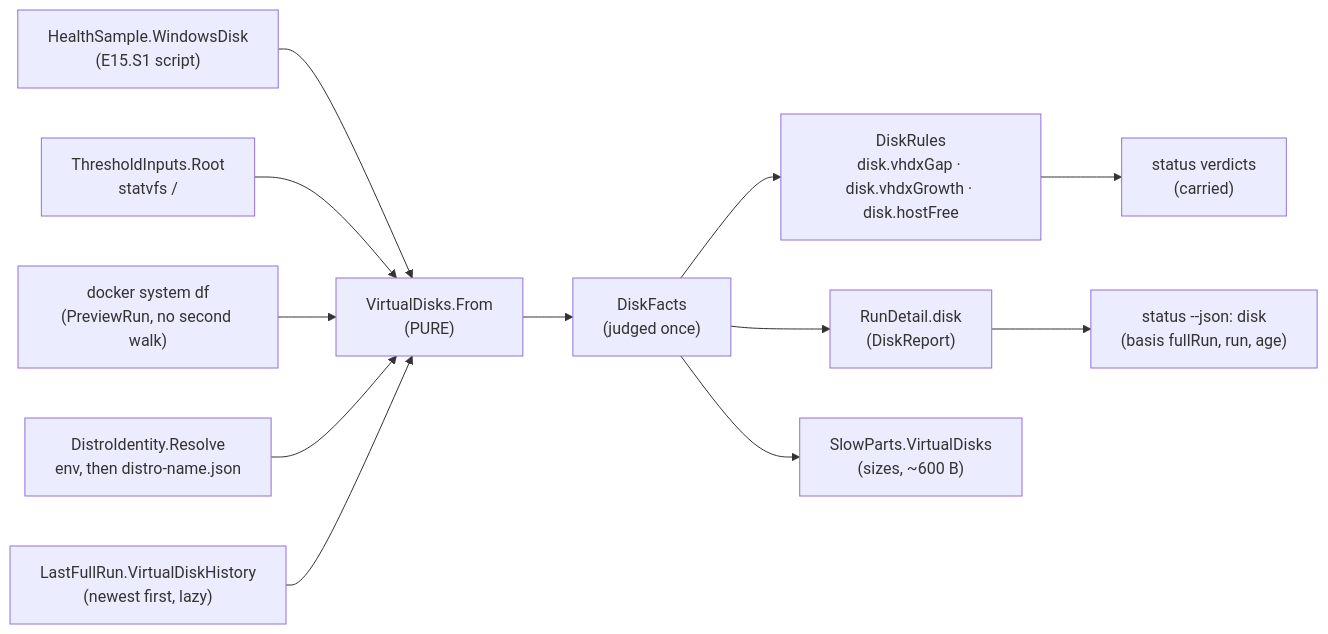
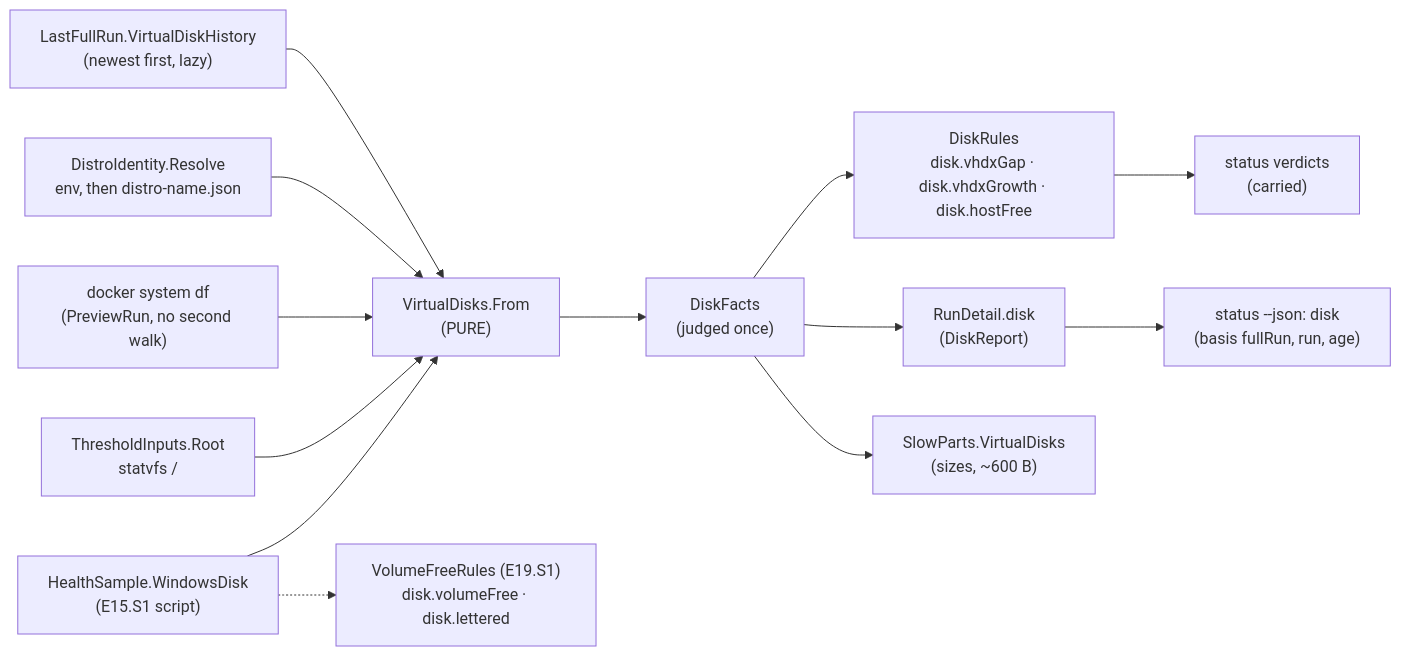
Before and after one commit to oleksandrdubyna88/wsl_care: the sixth of 16 diagrams in research/module_daemon.md, drawn with Mermaid. The commit also changed other lines of this file and 31 other files, not shown here.

````diff
--- a/research/module_daemon.md
+++ b/research/module_daemon.md
@@ -417,14 +417,15 @@
 ```mermaid
 flowchart LR
     sample["HealthSample.WindowsDisk<br/>(E15.S1 script)"] --> vd["VirtualDisks.From<br/>(PURE)"]
     root["ThresholdInputs.Root<br/>statvfs /"] --> vd
     df["docker system df<br/>(PreviewRun, no second walk)"] --> vd
     name["DistroIdentity.Resolve<br/>env, then distro-name.json"] --> vd
     prev["LastFullRun.VirtualDiskHistory<br/>(newest first, lazy)"] --> vd
     vd --> facts["DiskFacts<br/>(judged once)"]
     facts --> rules["DiskRules<br/>disk.vhdxGap · disk.vhdxGrowth · disk.hostFree"]
+    sample -.-> vfree["VolumeFreeRules (E19.S1)<br/>disk.volumeFree · disk.lettered"]
     facts --> report["RunDetail.disk<br/>(DiskReport)"]
     facts --> slow["SlowParts.VirtualDisks<br/>(sizes, ~600 B)"]
     report --> status["status --json: disk<br/>(basis fullRun, run, age)"]
     rules --> verdicts["status verdicts<br/>(carried)"]
 ```
````
